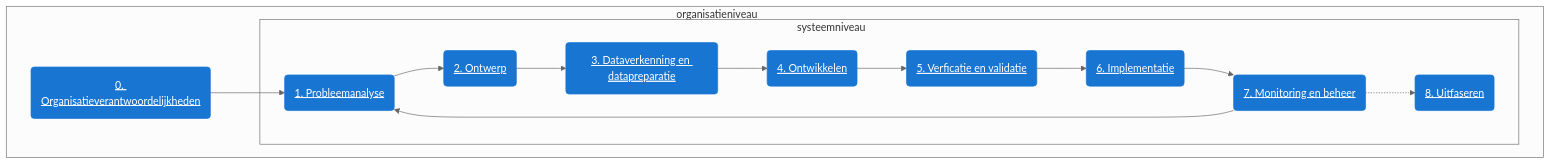
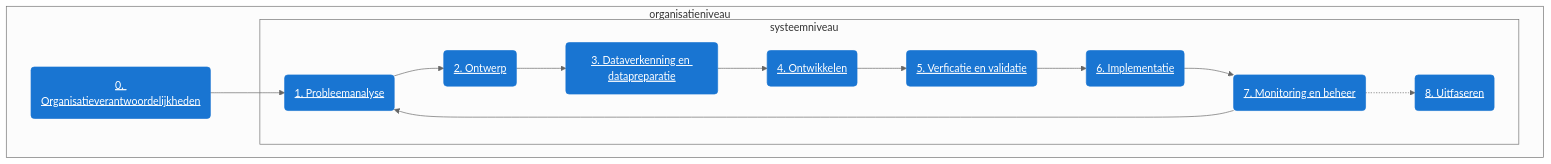
The diagram in docs/levenscyclus/index.md (MinBZK/Algoritmekader), drawn with Mermaid (neutral theme) before and after one commit.

````diff
--- a/docs/levenscyclus/index.md
+++ b/docs/levenscyclus/index.md
@@ -42,40 +42,40 @@
 ```mermaid
 
   flowchart TD
-      subgraph organisatieniveau [organisatieniveau &nbsp&nbsp&nbsp&nbsp&nbsp&nbsp&nbsp&nbsp&nbsp&nbsp&nbsp&nbsp&nbsp&nbsp&nbsp&nbsp&nbsp&nbsp&nbsp&nbsp&nbsp&nbsp&nbsp&nbsp&nbsp&nbsp&nbsp&nbsp&nbsp&nbsp&nbsp&nbsp&nbsp&nbsp&nbsp&nbsp&nbsp&nbsp&nbsp&nbsp&nbsp&nbsp]
+      subgraph organisatieniveau [organisatieniveau &nbsp&nbsp&nbsp&nbsp&nbsp&nbsp&nbsp&nbsp&nbsp&nbsp&nbsp&nbsp&nbsp&nbsp&nbsp&nbsp&nbsp&nbsp&nbsp&nbsp&nbsp&nbsp&nbsp&nbsp&nbsp&nbsp&nbsp&nbsp&nbsp&nbsp&nbsp&nbsp&nbsp&nbsp&nbsp&nbsp&nbsp&nbsp&nbsp&nbsp&nbsp&nbsp&nbsp&nbsp&nbsp&nbsp&nbsp&nbsp&nbsp&nbsp&nbsp&nbsp&nbsp&nbsp&nbsp&nbsp&nbsp&nbsp&nbsp&nbsp&nbsp&nbsp]
         0(0. Organisatieverantwoordelijkheden) --> 1(1. Probleemanalyse);
-        subgraph systeemniveau [systeemniveau &nbsp&nbsp&nbsp&nbsp&nbsp&nbsp&nbsp&nbsp&nbsp&nbsp&nbsp&nbsp&nbsp&nbsp&nbsp&nbsp&nbsp&nbsp&nbsp&nbsp&nbsp&nbsp&nbsp&nbsp&nbsp&nbsp&nbsp&nbsp&nbsp&nbsp&nbsp&nbsp&nbsp&nbsp&nbsp&nbsp&nbsp&nbsp&nbsp&nbsp&nbsp&nbsp]
+        subgraph systeemniveau [systeemniveau &nbsp&nbsp&nbsp&nbsp&nbsp&nbsp&nbsp&nbsp&nbsp&nbsp&nbsp&nbsp&nbsp&nbsp&nbsp&nbsp&nbsp&nbsp&nbsp&nbsp&nbsp&nbsp&nbsp&nbsp&nbsp&nbsp&nbsp&nbsp&nbsp&nbsp&nbsp&nbsp&nbsp&nbsp&nbsp&nbsp&nbsp&nbsp&nbsp&nbsp&nbsp&nbsp&nbsp&nbsp&nbsp&nbsp&nbsp&nbsp&nbsp&nbsp&nbsp&nbsp&nbsp&nbsp&nbsp&nbsp&nbsp&nbsp&nbsp&nbsp&nbsp&nbsp]
           7(7. Monitoring en beheer) --> 1(1. Probleemanalyse);
           1(1. Probleemanalyse) --> 2(2. Ontwerp);
           2(2. Ontwerp) --> 3(3. Dataverkenning en datapreparatie);
           3(3. Dataverkenning en datapreparatie) --> 4(4. Ontwikkelen);
           4(4. Ontwikkelen) --> 5(5. Verficatie en validatie);
           5(5. Verficatie en validatie) --> 6(6. Implementatie);
           6(6. Implementatie) --> 7(7. Monitoring en beheer);
           7(7. Monitoring en beheer) -.-> 8(8. Uitfaseren);
         end
       end
 
       click 0 href "organisatieverantwoordelijkheden"
       click 1 href "probleemanalyse"
       click 2 href "ontwerp"
       click 3 href "dataverkenning-en-datapreparatie"
       click 4 href "ontwikkelen"
       click 5 href "verificatie-en-validatie"
       click 6 href "implementatie"
       click 7 href "monitoring-en-beheer"
       click 8 href "uitfaseren"
 
       style 0 color:#fff, fill:#1975d2, stroke:#1975d2, text-decoration:underline;
       style 1 color:#fff, fill:#1975d2, stroke:#1975d2, text-decoration:underline;
       style 2 color:#fff, fill:#1975d2, stroke:#1975d2, text-decoration:underline;
       style 3 color:#fff, fill:#1975d2, stroke:#1975d2, text-decoration:underline;
       style 4 color:#fff, fill:#1975d2, stroke:#1975d2, text-decoration:underline;
       style 5 color:#fff, fill:#1975d2, stroke:#1975d2, text-decoration:underline;
       style 6 color:#fff, fill:#1975d2, stroke:#1975d2, text-decoration:underline;
       style 7 color:#fff, fill:#1975d2, stroke:#1975d2, text-decoration:underline;
       style 8 color:#fff, fill:#1975d2, stroke:#1975d2, text-decoration:underline;
 
       style organisatieniveau fill:transparant
 
 ```
````
